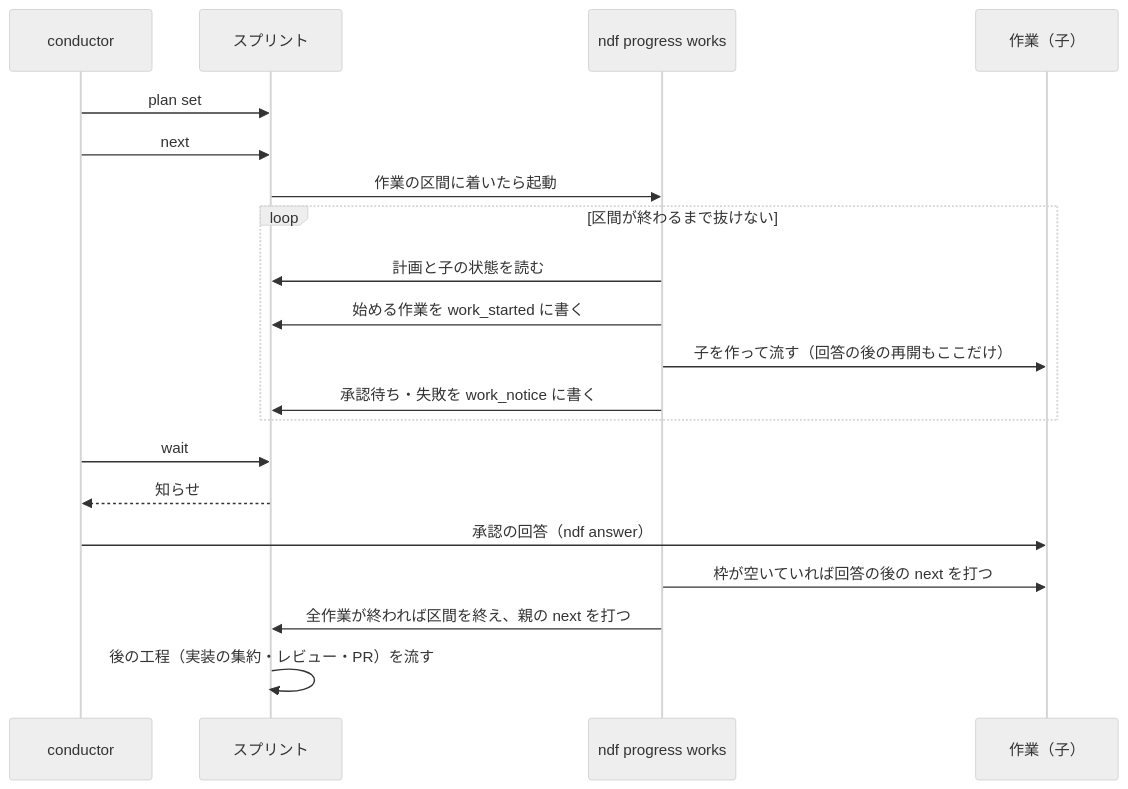
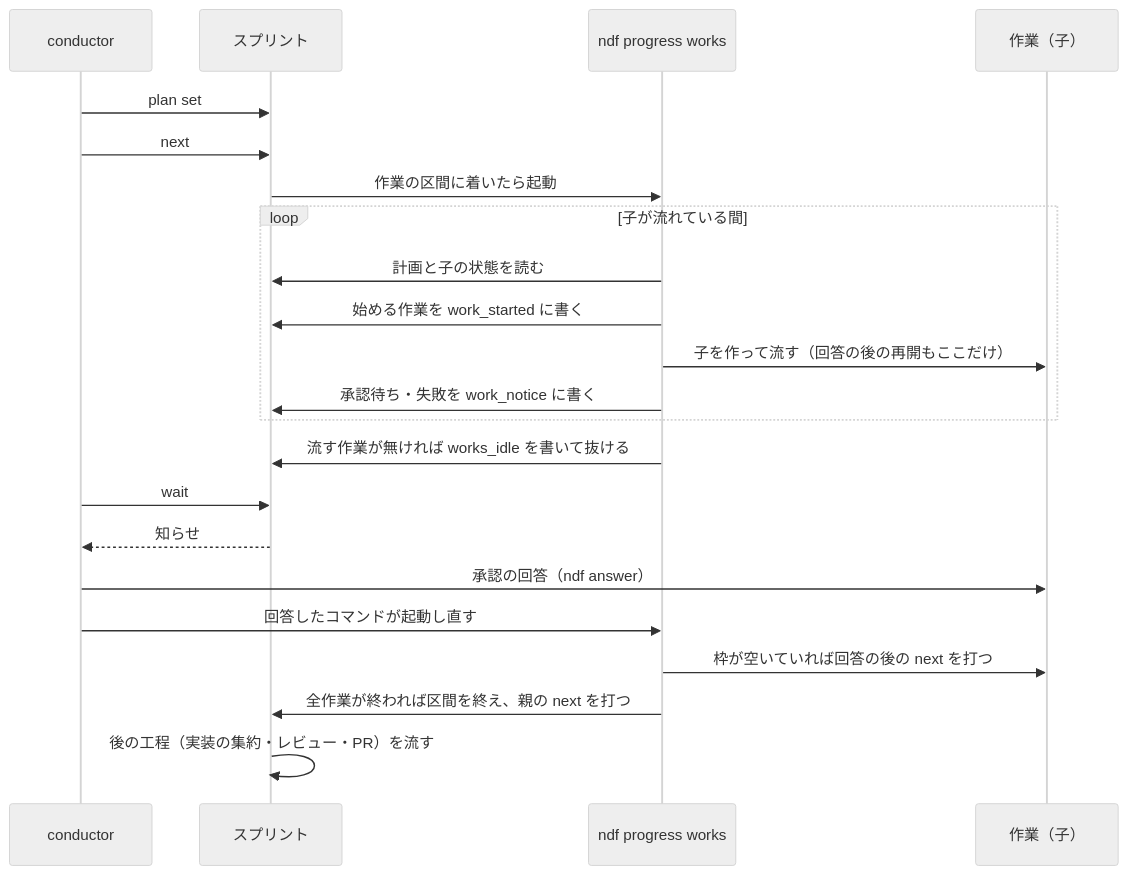
One commit to devbasex/ai-plugins changed the fourth of 4 diagrams in issues/issue-4550-design.md. Above: the diagram before and after it, drawn with Mermaid (neutral theme). The commit also changed other lines of this file and 2 other files, not shown here.

````diff
--- a/issues/issue-4550-design.md
+++ b/issues/issue-4550-design.md
@@ -314,22 +313,24 @@
 ```mermaid
 sequenceDiagram
   participant C as conductor
   participant P as スプリント
   participant W as ndf progress works
   participant K as 作業（子）
   C->>P: plan set
   C->>P: next
   P->>W: 作業の区間に着いたら起動
-  loop 区間が終わるまで抜けない
+  loop 子が流れている間
     W->>P: 計画と子の状態を読む
     W->>P: 始める作業を work_started に書く
     W->>K: 子を作って流す（回答の後の再開もここだけ）
     W->>P: 承認待ち・失敗を work_notice に書く
   end
+  W->>P: 流す作業が無ければ works_idle を書いて抜ける
   C->>P: wait
   P-->>C: 知らせ
   C->>K: 承認の回答（ndf answer）
+  C->>W: 回答したコマンドが起動し直す
   W->>K: 枠が空いていれば回答の後の next を打つ
   W->>P: 全作業が終われば区間を終え、親の next を打つ
   P->>P: 後の工程（実装の集約・レビュー・PR）を流す
 ```
````
